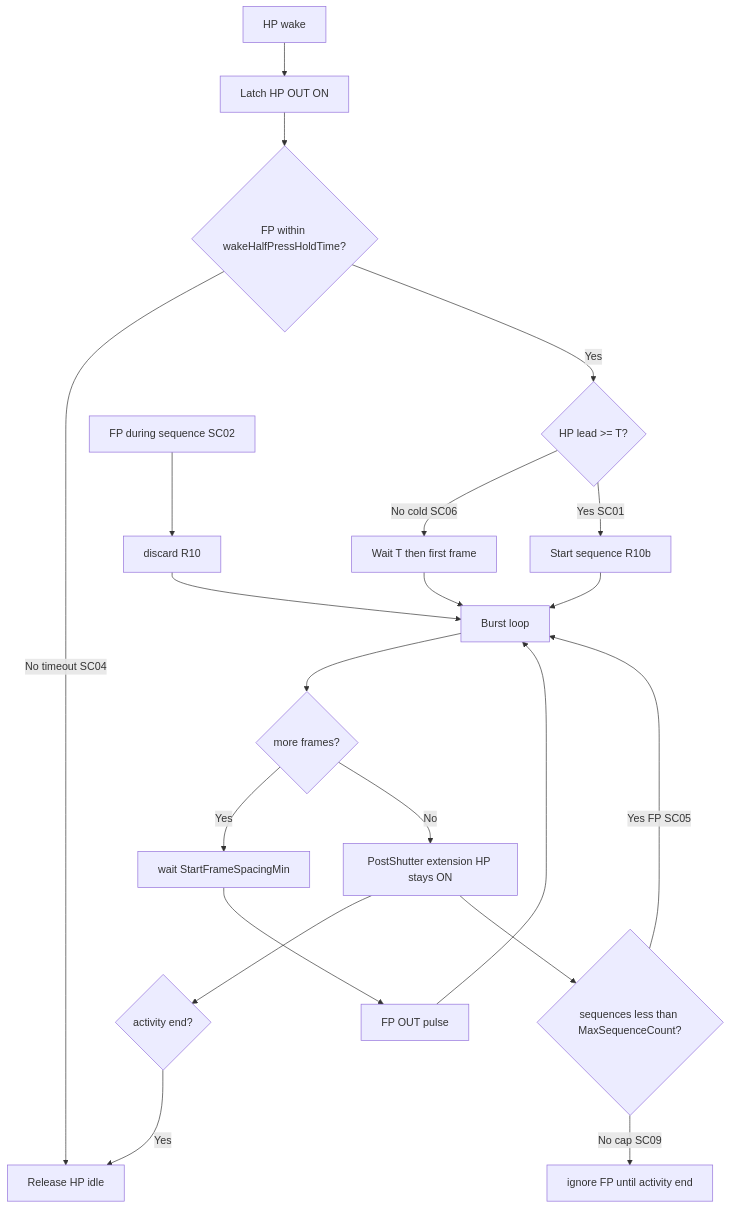
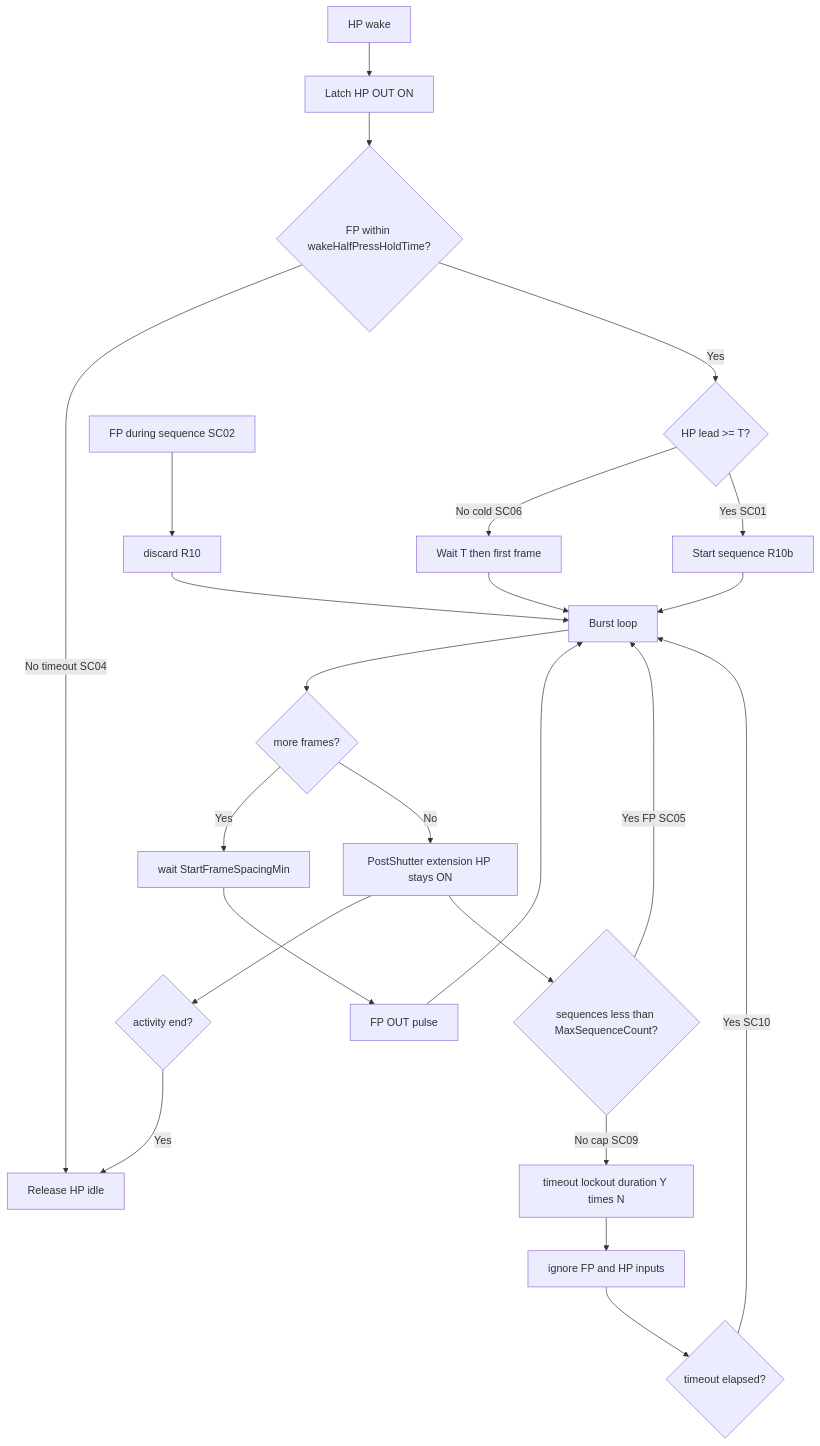
One commit to intvenlab/camptraptions_timing changed the second of 2 diagrams in docs/diagrams/mcu-state-flow.md. Above: the diagram before and after it, drawn with Mermaid. The commit also changed other lines of this file and 316 other files, not shown here.

Commit message:
changed max sequence count behavior and added some sweep tests.

````diff
--- a/docs/diagrams/mcu-state-flow.md
+++ b/docs/diagrams/mcu-state-flow.md
@@ -47,23 +47,26 @@
 ```mermaid
 flowchart TD
     A[HP wake] --> B[Latch HP OUT ON]
     B --> C{FP within wakeHalfPressHoldTime?}
     C -->|No timeout SC04| D[Release HP idle]
     C -->|Yes| E{HP lead >= T?}
     E -->|No cold SC06| F[Wait T then first frame]
     E -->|Yes SC01| G[Start sequence R10b]
     F --> H[Burst loop]
     G --> H
     H --> I{more frames?}
     I -->|Yes| J[wait StartFrameSpacingMin]
     J --> K[FP OUT pulse]
     K --> H
     I -->|No| L[PostShutter extension HP stays ON]
     L --> M{activity end?}
     M -->|Yes| D
     L --> P{sequences less than MaxSequenceCount?}
     P -->|Yes FP SC05| H
-    P -->|No cap SC09| Q[ignore FP until activity end]
+    P -->|No cap SC09| Q[timeout lockout duration Y times N]
+    Q --> R[ignore FP and HP inputs]
+    R --> S{timeout elapsed?}
+    S -->|Yes SC10| H
     N[FP during sequence SC02] --> O[discard R10]
     O --> H
 ```
````
